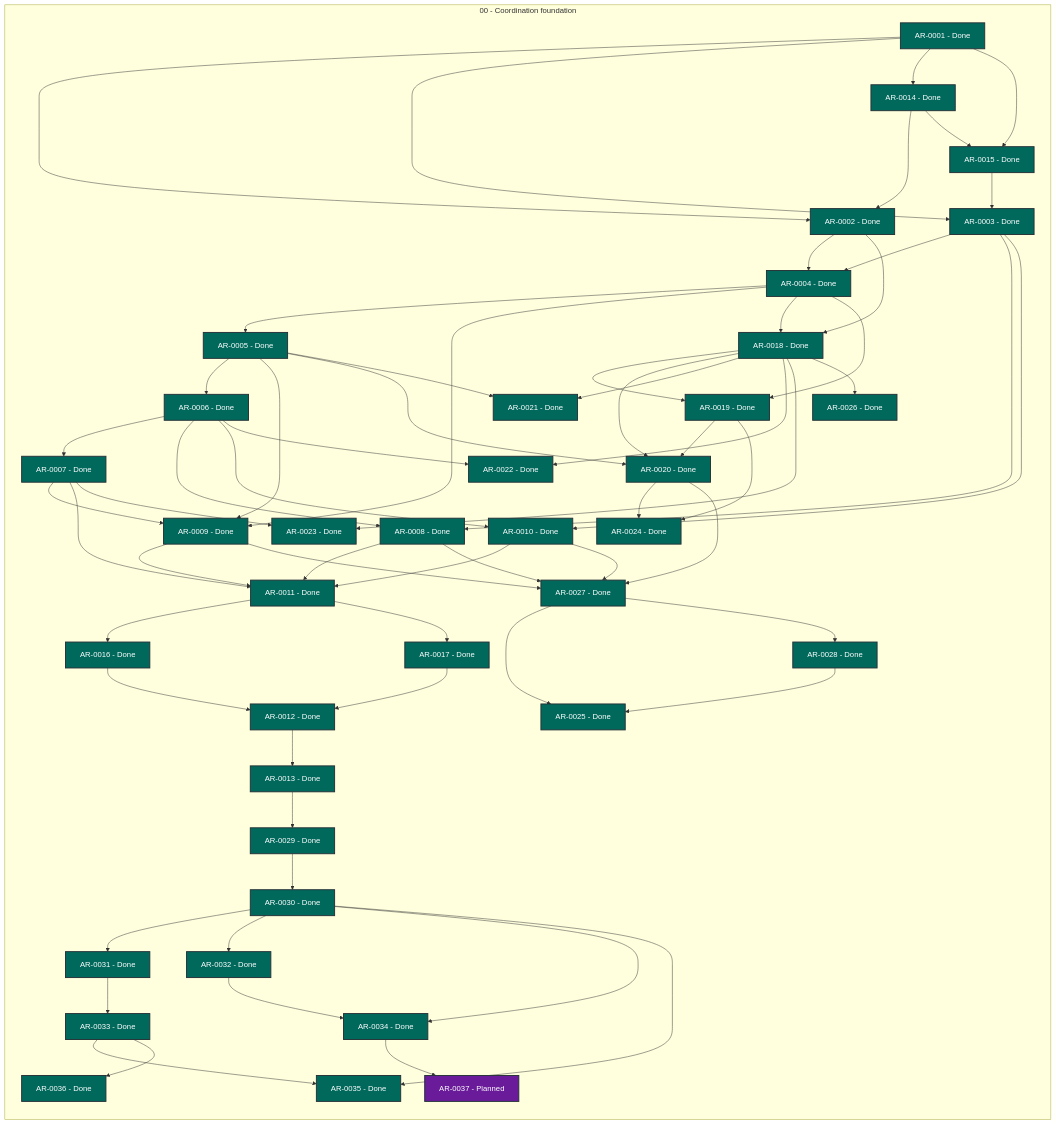
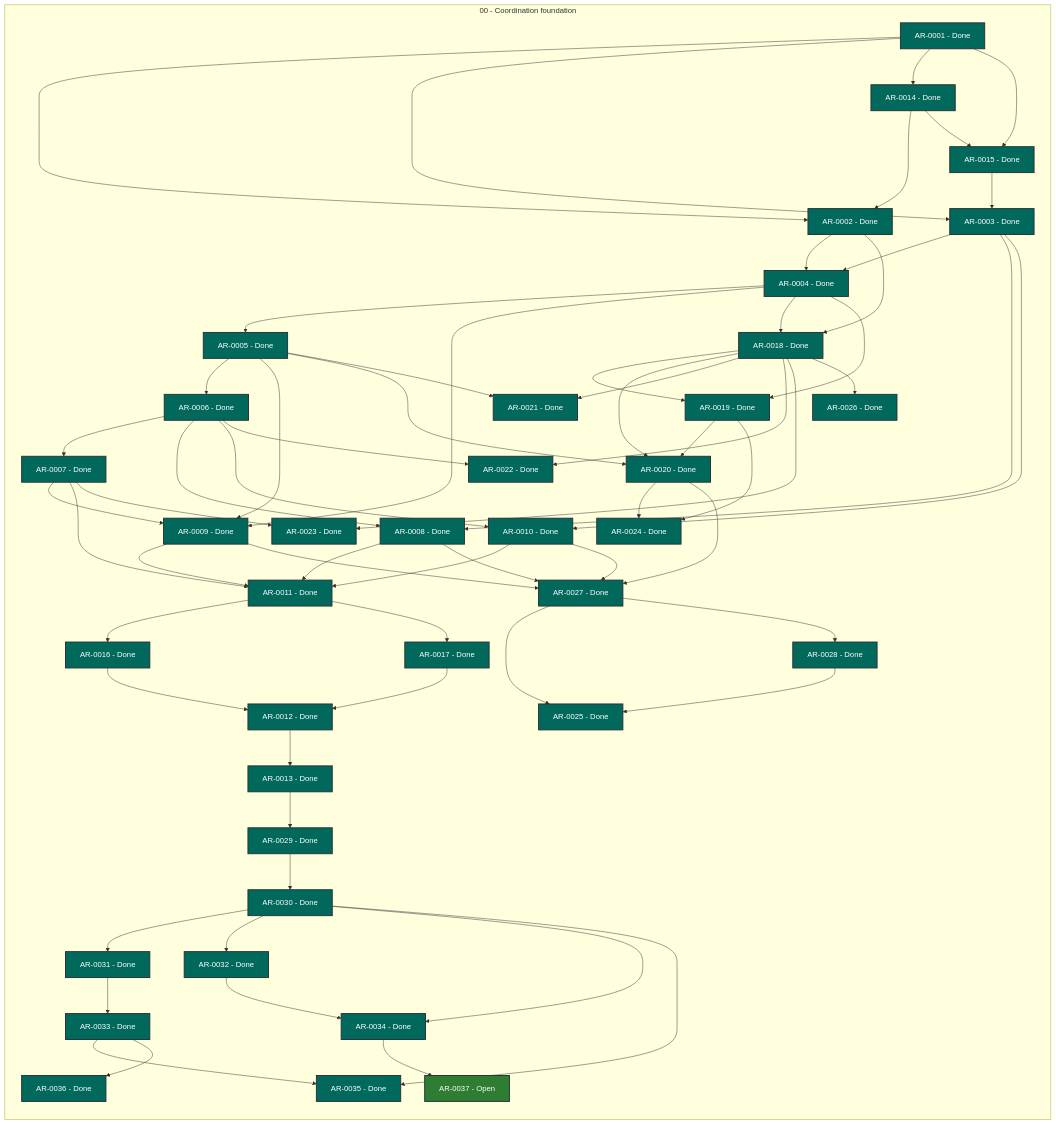
The diagram in STATUS.md (martin-beck/agent-workflow-tui-state), drawn with Mermaid before and after one commit. The commit also changed other lines of this file and 2 other files, not shown here.

```diff
--- a/STATUS.md
+++ b/STATUS.md
@@ -64,7 +64,7 @@
         AR_0034["AR-0034 - Done"]:::status_done
         AR_0035["AR-0035 - Done"]:::status_done
         AR_0036["AR-0036 - Done"]:::status_done
-        AR_0037["AR-0037 - Planned"]:::status_planned
+        AR_0037["AR-0037 - Open"]:::status_open
     end
     AR_0001 --> AR_0002
     AR_0001 --> AR_0003
```
